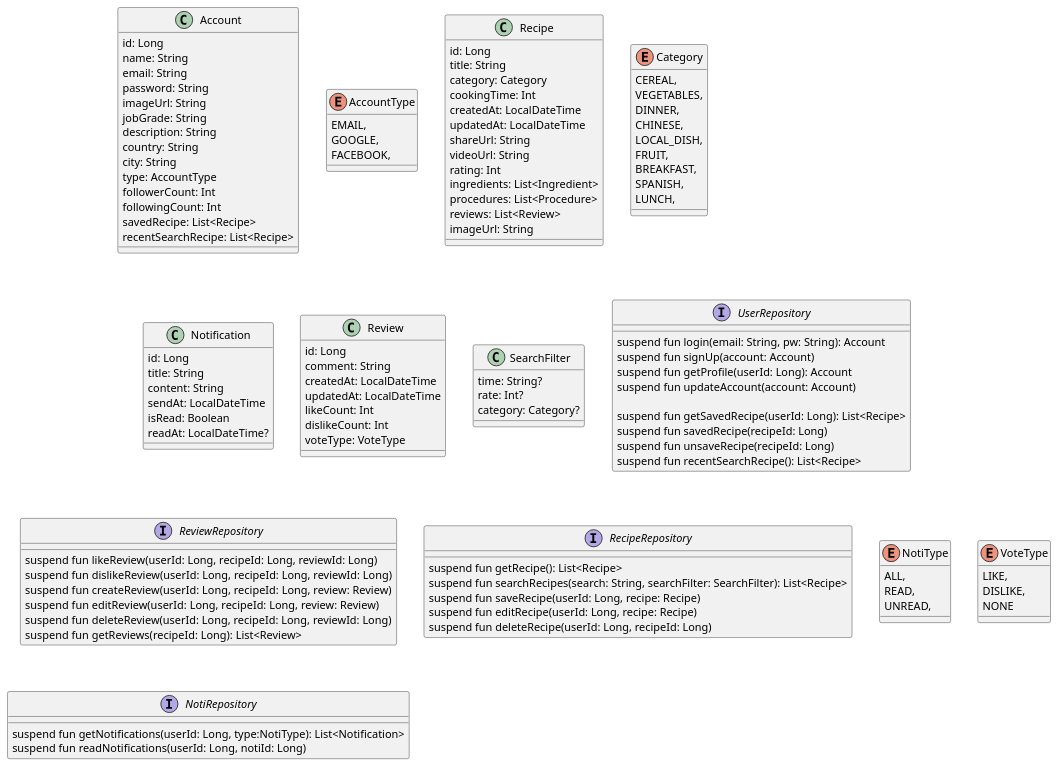
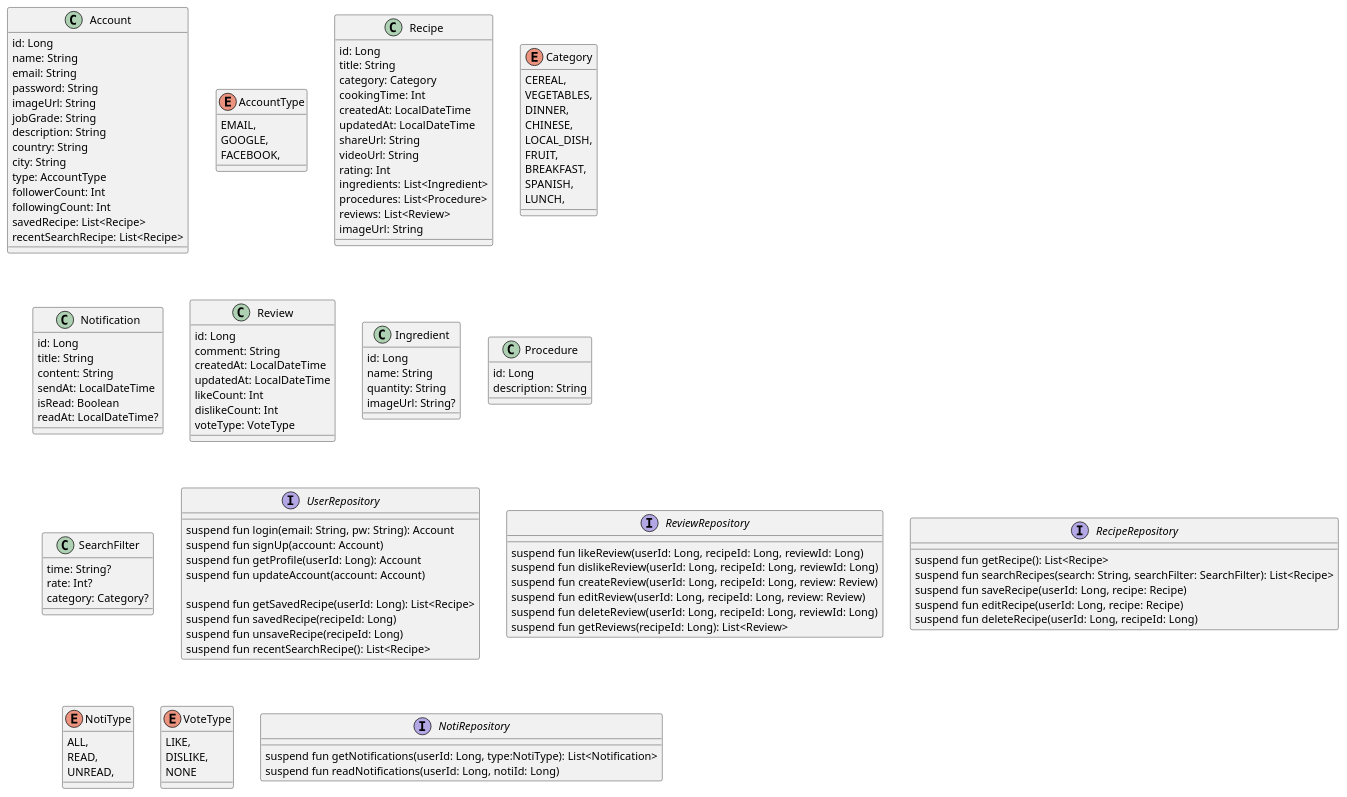
Before and after one commit to SurvivalCodingCampus/gangnam2_kotlin_study: the diagram in src/main/kotlin/_251127_team_design/FoodApp.puml, drawn with PlantUML.

Commit message:
fix: 누락된 class 정의

```diff
--- a/src/main/kotlin/_251127_team_design/FoodApp.puml
+++ b/src/main/kotlin/_251127_team_design/FoodApp.puml
@@ -1,125 +1,137 @@
 @startuml
 
 class Account {
     id: Long
     name: String
     email: String
     password: String
     imageUrl: String
     jobGrade: String
     description: String
     country: String
     city: String
     type: AccountType
     followerCount: Int
     followingCount: Int
     savedRecipe: List<Recipe>
     recentSearchRecipe: List<Recipe>
 }
 
 enum AccountType {
     EMAIL,
     GOOGLE,
     FACEBOOK,
 }
 
 class Recipe {
     id: Long
     title: String
     category: Category
     cookingTime: Int
     createdAt: LocalDateTime
     updatedAt: LocalDateTime
     shareUrl: String
     videoUrl: String
     rating: Int
     ingredients: List<Ingredient>
     procedures: List<Procedure>
     reviews: List<Review>
     imageUrl: String
 }
 
 enum Category {
     CEREAL,
     VEGETABLES,
     DINNER,
     CHINESE,
     LOCAL_DISH,
     FRUIT,
     BREAKFAST,
     SPANISH,
     LUNCH,
 }
 
 
 class Notification {
     id: Long
     title: String
     content: String
     sendAt: LocalDateTime
     isRead: Boolean
     readAt: LocalDateTime?
     '읽지 않으면 시간이 없으므로 nullabletype으로 변경
 }
 
 class Review {
     id: Long
     comment: String
     createdAt: LocalDateTime
     updatedAt: LocalDateTime
     likeCount: Int
     dislikeCount: Int
     voteType: VoteType
 
 }
+class Ingredient {
+    id: Long
+    name: String
+    quantity: String
+    imageUrl: String?
+
+}
+
+class Procedure {
+    id: Long
+    description: String
+}
 
 class SearchFilter {
     time: String?
     rate: Int?
     category: Category?
 }
 
 interface UserRepository {
     suspend fun login(email: String, pw: String): Account
     suspend fun signUp(account: Account)
     suspend fun getProfile(userId: Long): Account
     suspend fun updateAccount(account: Account)
 
     suspend fun getSavedRecipe(userId: Long): List<Recipe>
     suspend fun savedRecipe(recipeId: Long)
     suspend fun unsaveRecipe(recipeId: Long)
     suspend fun recentSearchRecipe(): List<Recipe>
 }
 
 interface ReviewRepository {
     suspend fun likeReview(userId: Long, recipeId: Long, reviewId: Long)
     suspend fun dislikeReview(userId: Long, recipeId: Long, reviewId: Long)
     suspend fun createReview(userId: Long, recipeId: Long, review: Review)
     suspend fun editReview(userId: Long, recipeId: Long, review: Review)
     suspend fun deleteReview(userId: Long, recipeId: Long, reviewId: Long)
     suspend fun getReviews(recipeId: Long): List<Review>
 }
 
 interface RecipeRepository {
     suspend fun getRecipe(): List<Recipe>
     suspend fun searchRecipes(search: String, searchFilter: SearchFilter): List<Recipe>
     suspend fun saveRecipe(userId: Long, recipe: Recipe)
     suspend fun editRecipe(userId: Long, recipe: Recipe)
     suspend fun deleteRecipe(userId: Long, recipeId: Long)
 }
 
 enum NotiType {
     ALL,
     READ,
     UNREAD,
 }
 enum VoteType {
     LIKE,
     DISLIKE,
     NONE
 }
 interface NotiRepository {
     suspend fun getNotifications(userId: Long, type:NotiType): List<Notification>
     suspend fun readNotifications(userId: Long, notiId: Long)
 }
 @enduml
```
